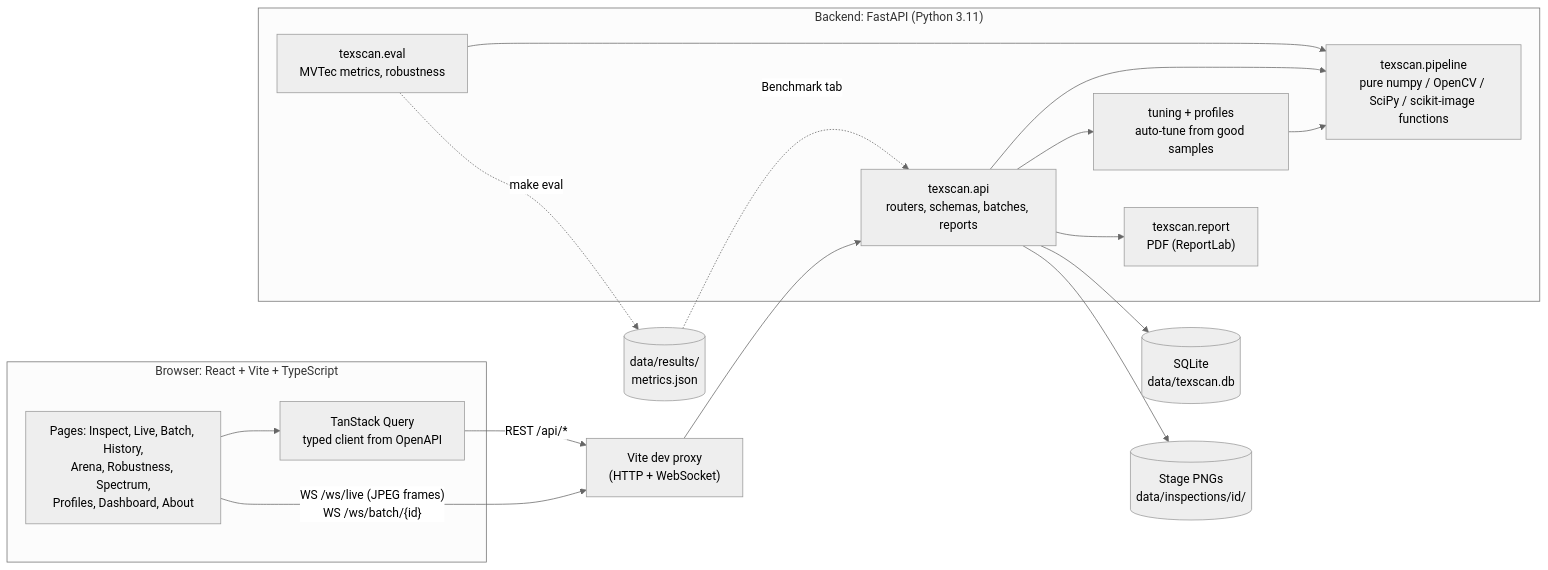
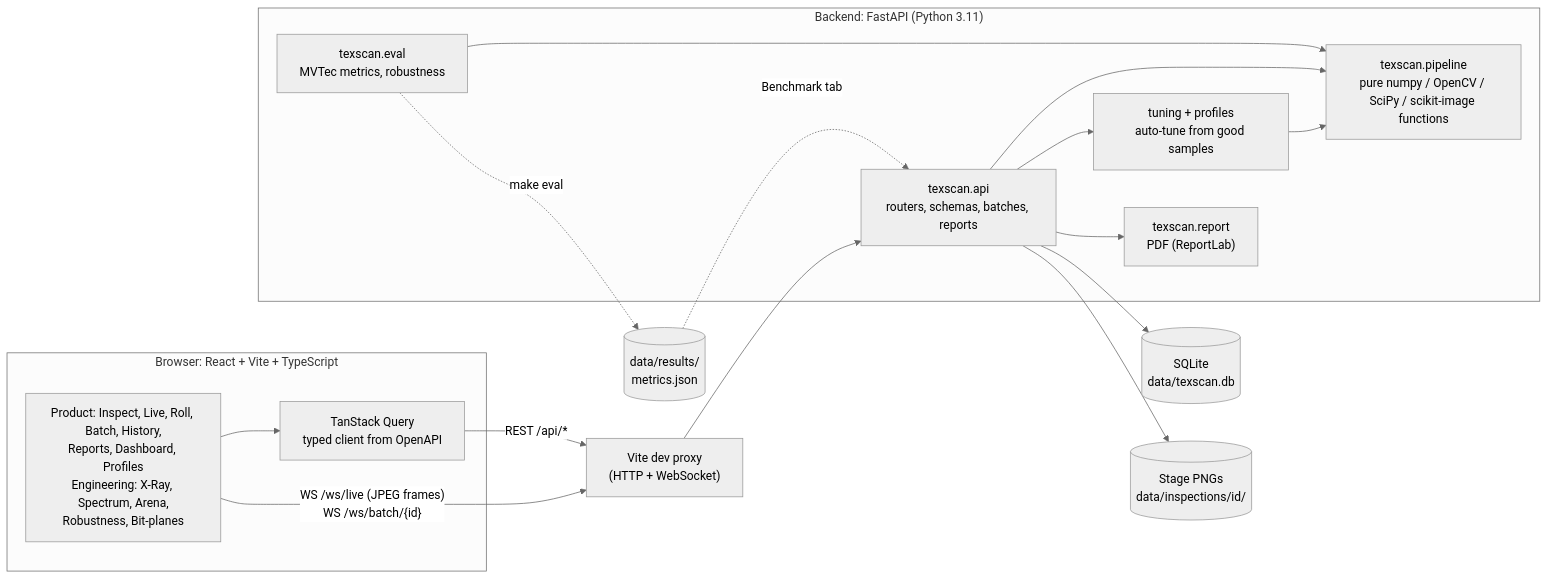
Before and after one commit to adityaaman-2120/TexScan: the first of 2 diagrams in README.md, drawn with Mermaid (neutral theme). The commit also changed other lines of this file and 119 other files, not shown here.

````diff
--- a/README.md
+++ b/README.md
@@ -36,27 +42,27 @@
 ```mermaid
 flowchart LR
   subgraph Browser["Browser: React + Vite + TypeScript"]
-    UI["Pages: Inspect, Live, Batch, History,<br/>Arena, Robustness, Spectrum,<br/>Profiles, Dashboard, About"]
+    UI["Product: Inspect, Live, Roll, Batch, History,<br/>Reports, Dashboard, Profiles<br/>Engineering: X-Ray, Spectrum, Arena,<br/>Robustness, Bit-planes"]
     Q["TanStack Query<br/>typed client from OpenAPI"]
     UI --> Q
   end
   Q -- "REST /api/*" --> Proxy["Vite dev proxy<br/>(HTTP + WebSocket)"]
   UI -- "WS /ws/live (JPEG frames)<br/>WS /ws/batch/{id}" --> Proxy
   Proxy --> API
   subgraph Backend["Backend: FastAPI (Python 3.11)"]
     API["texscan.api<br/>routers, schemas, batches, reports"]
     PIPE["texscan.pipeline<br/>pure numpy / OpenCV / SciPy / scikit-image functions"]
     TUNE["tuning + profiles<br/>auto-tune from good samples"]
     EVAL["texscan.eval<br/>MVTec metrics, robustness"]
     REP["texscan.report<br/>PDF (ReportLab)"]
     API --> PIPE
     API --> TUNE
     API --> REP
     EVAL --> PIPE
     TUNE --> PIPE
   end
   API --> DB[("SQLite<br/>data/texscan.db")]
   API --> FILES[("Stage PNGs<br/>data/inspections/id/")]
   EVAL -. "make eval" .-> RES[("data/results/<br/>metrics.json")]
   RES -. "Benchmark tab" .-> API
 ```
````
